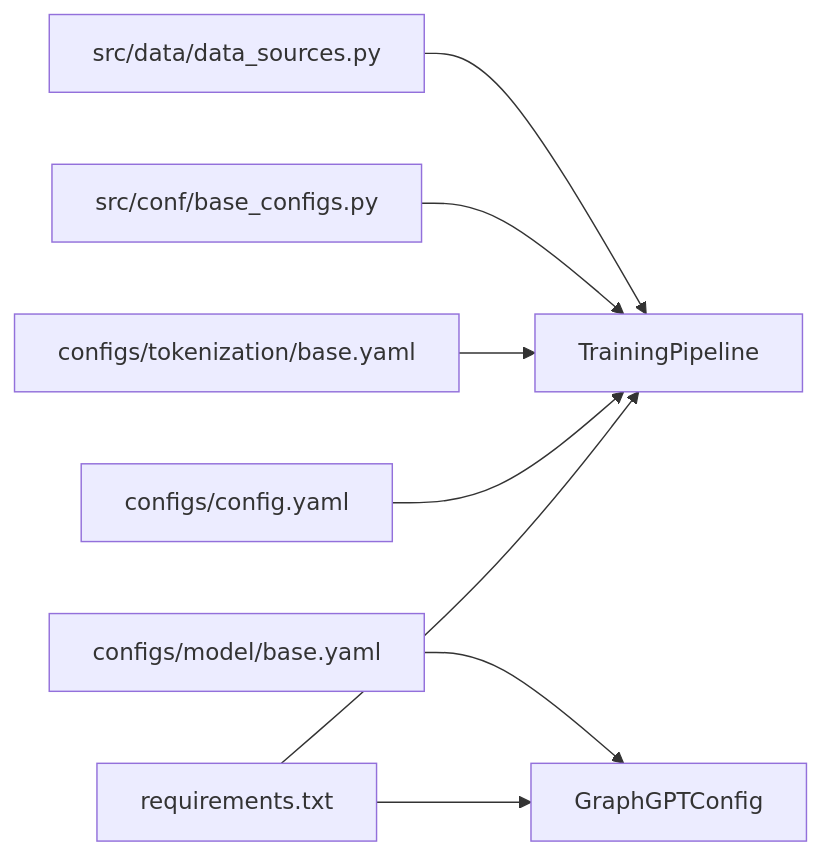
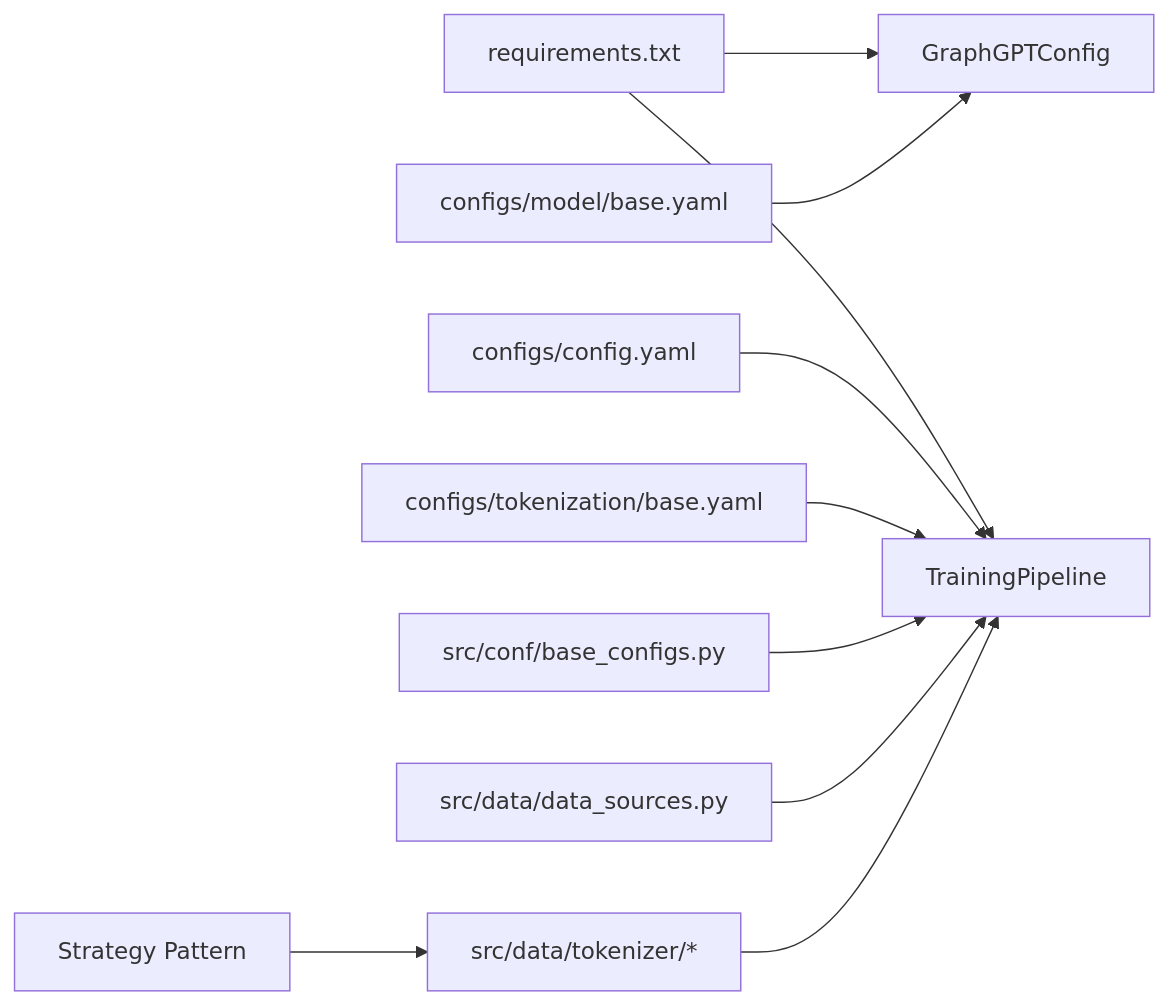
The eighth of 8 diagrams in .qoder/repowiki/en/content/Development Guidelines.md (alibaba/graph-gpt), drawn with Mermaid before and after one commit. The commit also changed other lines of this file and 9 other files, not shown here.

````diff
--- a/.qoder/repowiki/en/content/Development Guidelines.md
+++ b/.qoder/repowiki/en/content/Development Guidelines.md
@@ -274,10 +376,12 @@
 ```mermaid
 graph LR
 REQ["requirements.txt"] --> PIPE["TrainingPipeline"]
 REQ --> MCFG["GraphGPTConfig"]
 CFG["configs/config.yaml"] --> PIPE
 CM["configs/model/base.yaml"] --> MCFG
 CT["configs/tokenization/base.yaml"] --> PIPE
 CONF["src/conf/base_configs.py"] --> PIPE
 DATA["src/data/data_sources.py"] --> PIPE
+TOK["src/data/tokenizer/*"] --> PIPE
+STRAT["Strategy Pattern"] --> TOK
 ```
````
